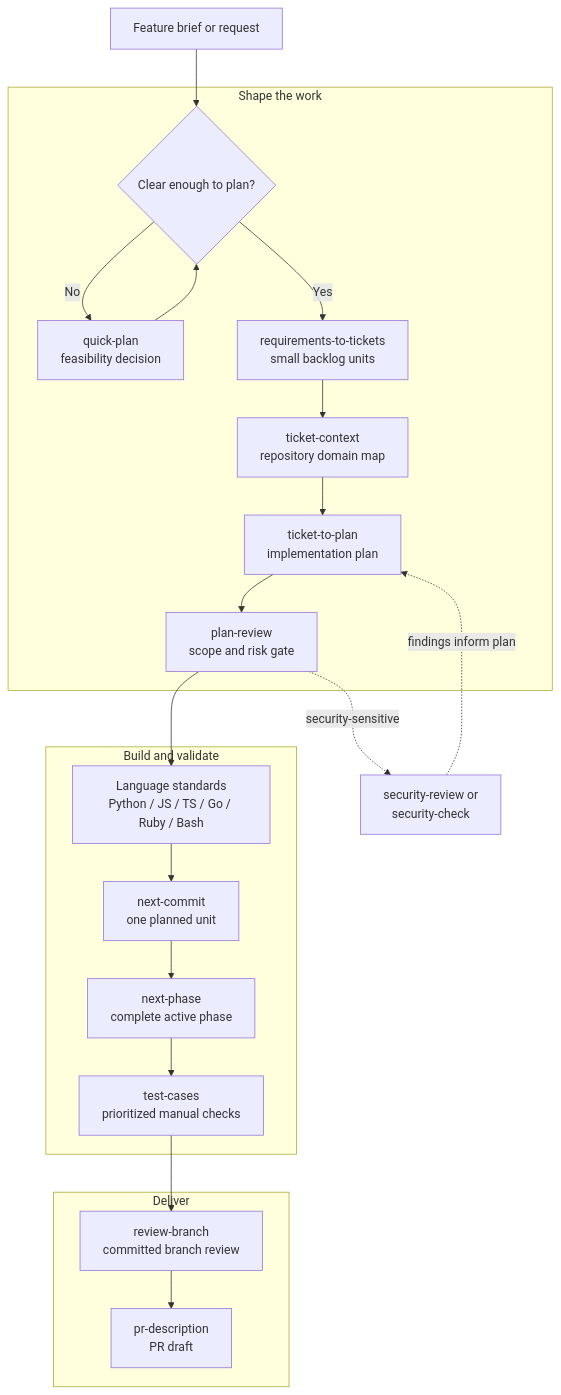
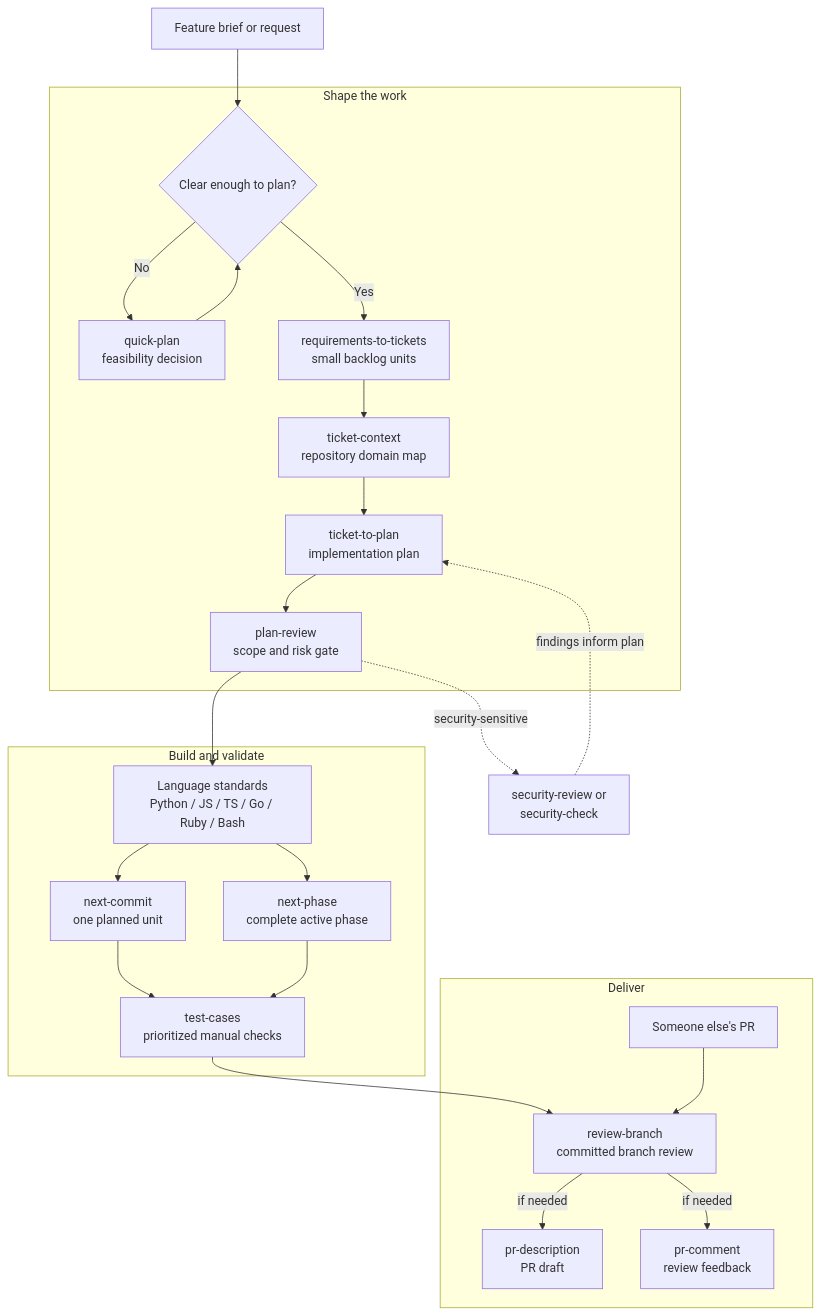
Before and after one commit to EimantasZilis/agent-toolkit: the diagram in README.md, drawn with Mermaid.

Commit message:
Updated mermaid diagram

````diff
--- a/README.md
+++ b/README.md
@@ -48,36 +48,41 @@
 ```mermaid
 flowchart TD
     brief[Feature brief or request]
 
     subgraph scope[Shape the work]
         direction{Clear enough to plan?}
         quick[quick-plan\nfeasibility decision]
         tickets[requirements-to-tickets\nsmall backlog units]
         context[ticket-context\nrepository domain map]
         plan[ticket-to-plan\nimplementation plan]
         review[plan-review\nscope and risk gate]
     end
 
     subgraph build[Build and validate]
         standards[Language standards\nPython / JS / TS / Go / Ruby / Bash]
         unit[next-commit\none planned unit]
         phase[next-phase\ncomplete active phase]
         tests[test-cases\nprioritized manual checks]
     end
 
     subgraph deliver[Deliver]
+        incoming[Someone else's PR]
         reviewbranch[review-branch\ncommitted branch review]
         prdescription[pr-description\nPR draft]
+        prcomment[pr-comment\nreview feedback]
     end
 
     brief --> direction
     direction -- No --> quick --> direction
     direction -- Yes --> tickets
     tickets --> context --> plan --> review
     review --> standards
-    standards --> unit
-    unit --> phase
-    phase --> tests --> reviewbranch --> prdescription
+    standards --> unit --> tests
+    standards --> phase --> tests
+    tests --> reviewbranch
+    reviewbranch -- if needed --> prdescription
+    incoming --> reviewbranch
+    reviewbranch -- if needed --> prcomment
     review -. security-sensitive .-> security[security-review or\nsecurity-check]
     security -. findings inform plan .-> plan
 ```
````
